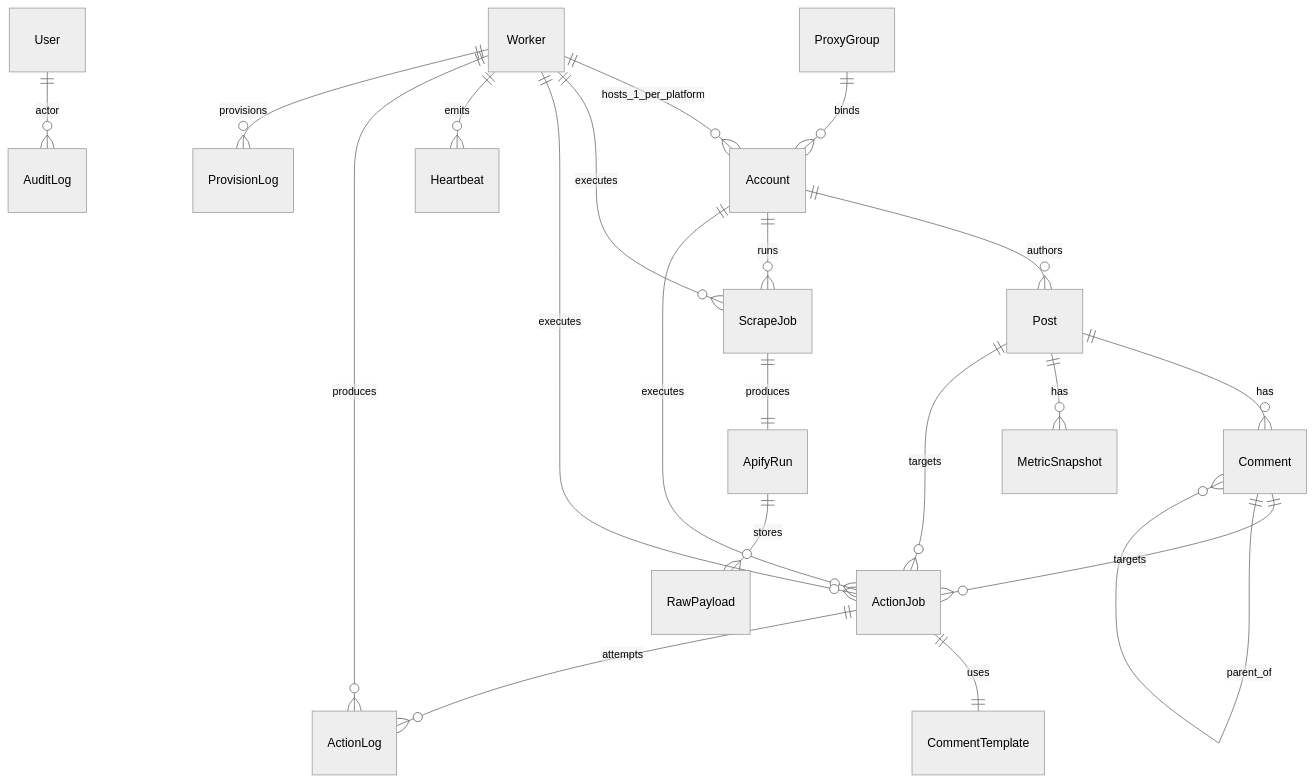
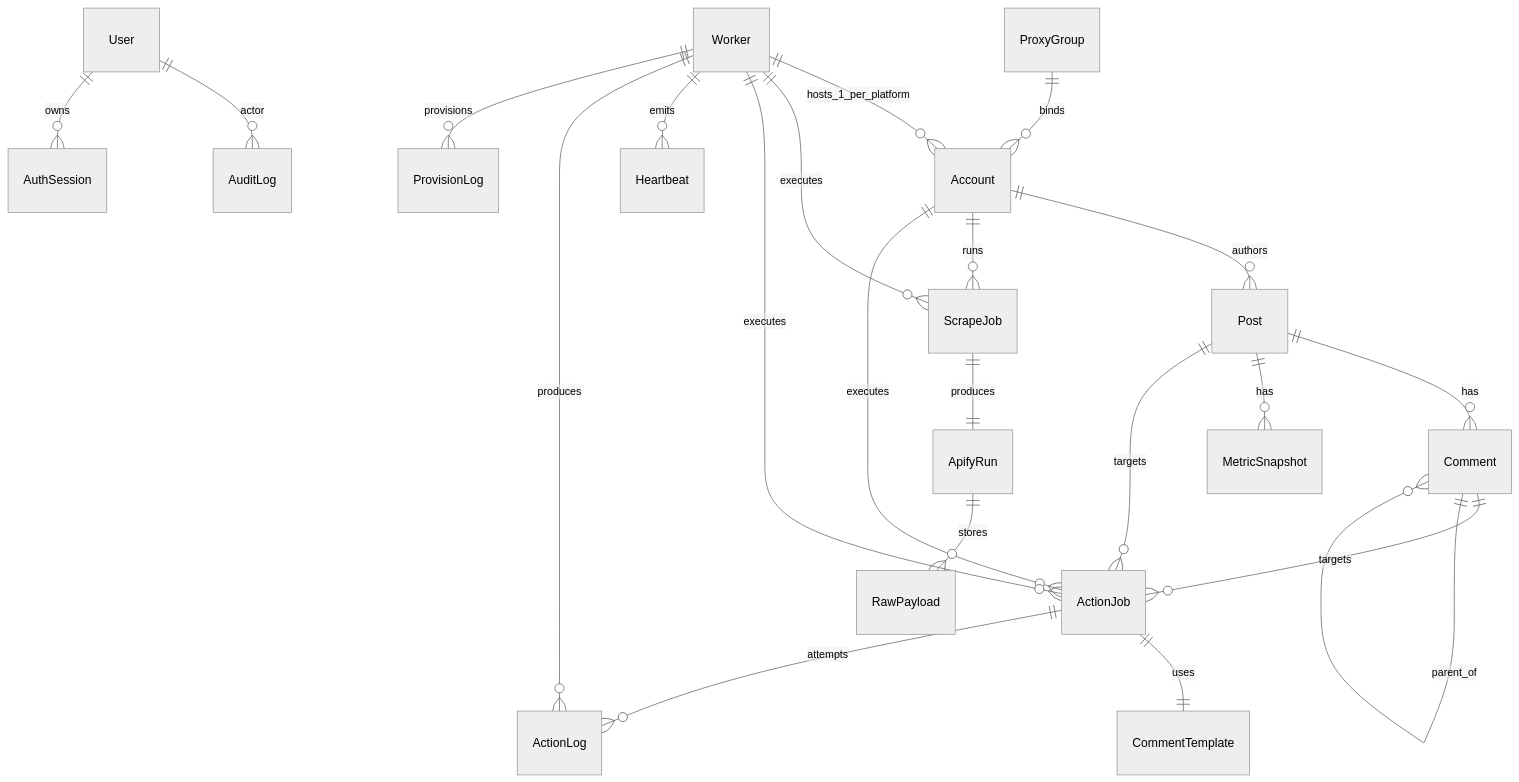
The diagram in ERD.md (ahdirmai/jg-smm), drawn with Mermaid (neutral theme) before and after one commit. The commit also changed other lines of this file and 39 other files, not shown here.

````diff
--- a/ERD.md
+++ b/ERD.md
@@ -3,32 +3,33 @@
 ```mermaid
 erDiagram
     %% TeamConfig singleton — tabel anak tidak punya FK ke TeamConfig di single-tenant.
     %% Relasi di bawah hanya menandai owner entity; jadi FK saat migrasi multi-tenant (workspaceId).
 
     ProxyGroup ||--o{ Account : binds
 
     Worker ||--o{ Account : hosts_1_per_platform
     Account ||--o{ Post : authors
     Account ||--o{ ScrapeJob : runs
     Account ||--o{ ActionJob : executes
 
     Worker ||--o{ ScrapeJob : executes
     Worker ||--o{ ActionJob : executes
     Worker ||--o{ Heartbeat : emits
     Worker ||--o{ ActionLog : produces
     Worker ||--o{ ProvisionLog : provisions
 
     Post ||--o{ Comment : has
     Post ||--o{ MetricSnapshot : has
     Post ||--o{ ActionJob : targets
     Comment ||--o{ ActionJob : targets
     Comment ||--o{ Comment : parent_of
 
     ScrapeJob ||--|| ApifyRun : produces
     ApifyRun ||--o{ RawPayload : stores
 
     ActionJob ||--|| CommentTemplate : uses
     ActionJob ||--o{ ActionLog : attempts
 
     User ||--o{ AuditLog : actor
+    User ||--o{ AuthSession : owns
 ```
````
